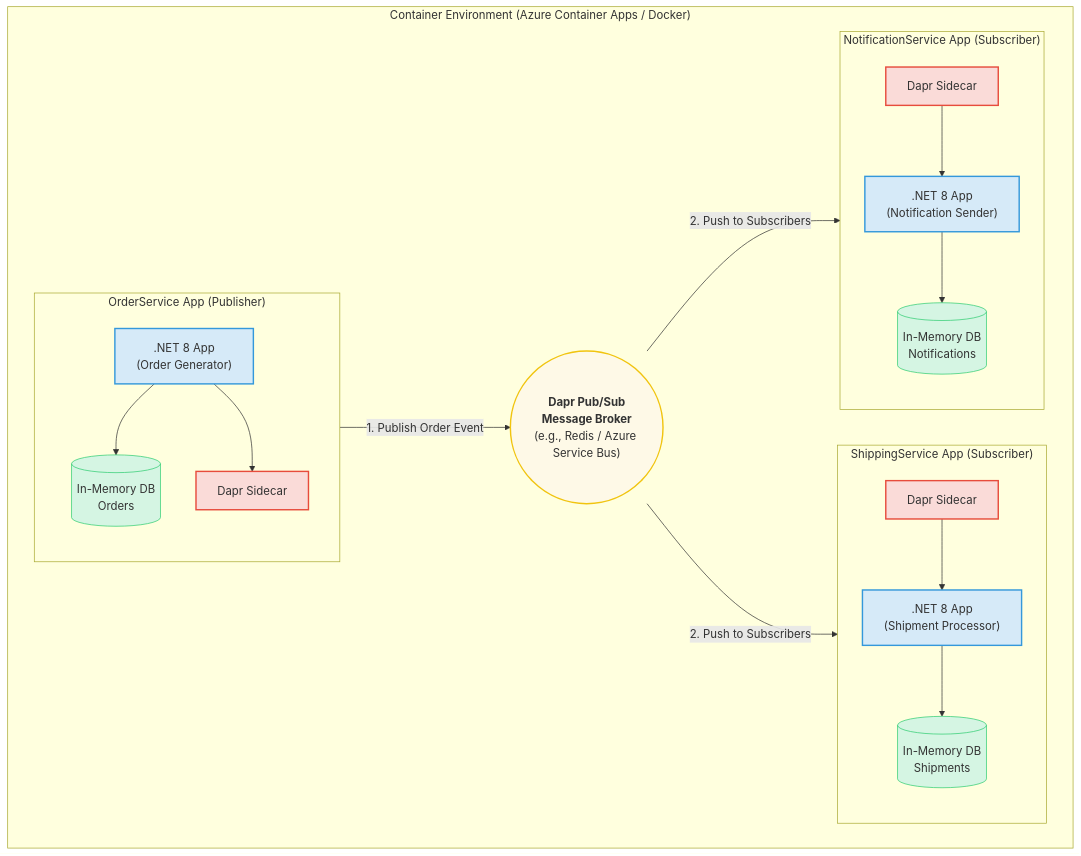
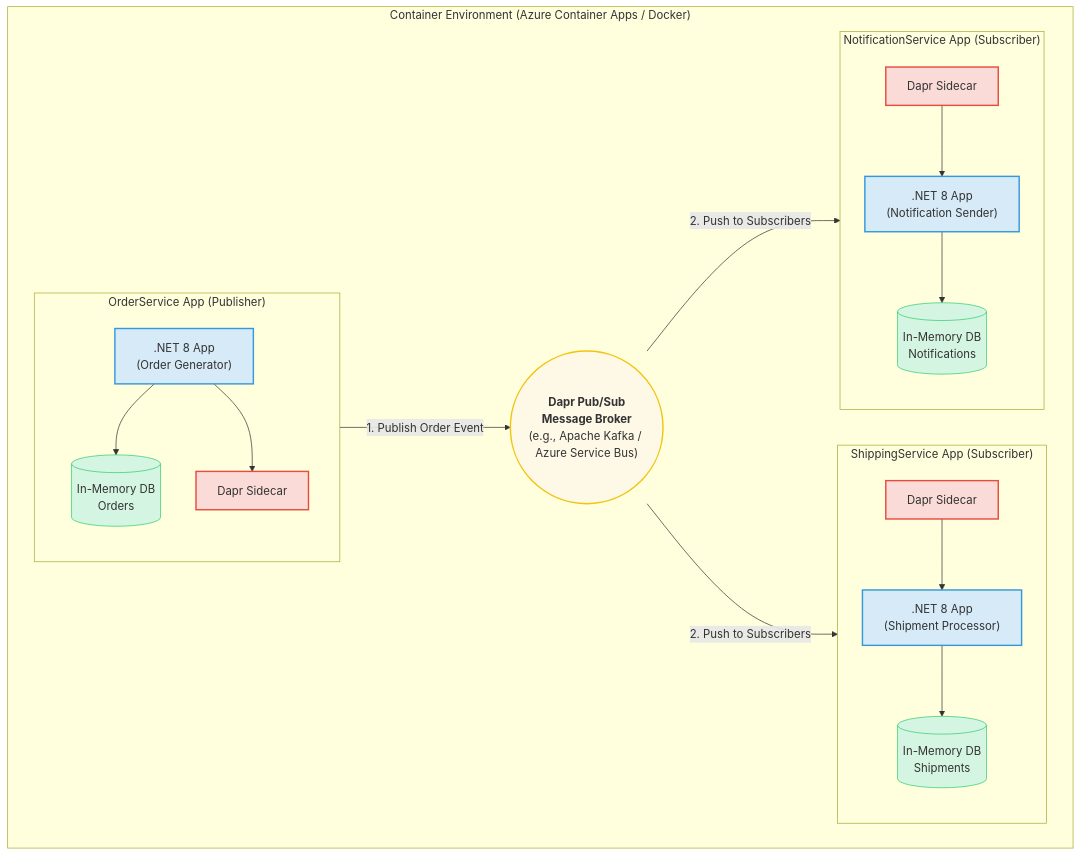
One commit to alexandrualexan-wq/OrderProcessingService changed the diagram in README.md. Above: the diagram before and after it, drawn with Mermaid. The commit also changed other lines of this file and 2 other files, not shown here.

Commit message:
update dapr

````diff
--- a/README.md
+++ b/README.md
@@ -13,50 +13,50 @@
 ```mermaid
 graph TD
     subgraph "Container Environment (Azure Container Apps / Docker)"
         direction LR
 
         subgraph "OrderService App (Publisher)"
             direction TB
             OrderService_App[".NET 8 App<br/>(Order Generator)"]
             OrderService_DB[(In-Memory DB<br/>Orders)]
             OrderService_Dapr[Dapr Sidecar]
             OrderService_App --> OrderService_DB
             OrderService_App --> OrderService_Dapr
         end
 
         subgraph "ShippingService App (Subscriber)"
             direction TB
             ShippingService_App[".NET 8 App<br/>(Shipment Processor)"]
             ShippingService_DB[(In-Memory DB<br/>Shipments)]
             ShippingService_Dapr[Dapr Sidecar]
             ShippingService_App --> ShippingService_DB
             ShippingService_Dapr --> ShippingService_App
         end
 
         subgraph "NotificationService App (Subscriber)"
             direction TB
             NotificationService_App[".NET 8 App<br/>(Notification Sender)"]
             NotificationService_DB[(In-Memory DB<br/>Notifications)]
             NotificationService_Dapr[Dapr Sidecar]
             NotificationService_App --> NotificationService_DB
             NotificationService_Dapr --> NotificationService_App
         end
 
-        PubSubBroker(("<br/><b>Dapr Pub/Sub<br/>Message Broker</b><br/>(e.g., Redis / Azure Service Bus)<br/><br/>"))
+        PubSubBroker(("<br/><b>Dapr Pub/Sub<br/>Message Broker</b><br/>(e.g., Apache Kafka / Azure Service Bus)<br/><br/>"))
 
     end
 
     OrderService_Dapr -- "1. Publish Order Event" --> PubSubBroker
     PubSubBroker -- "2. Push to Subscribers" --> ShippingService_Dapr
     PubSubBroker -- "2. Push to Subscribers" --> NotificationService_Dapr
 
     classDef service fill:#D6EAF8,stroke:#3498DB,stroke-width:2px;
     classDef dapr fill:#FADBD8,stroke:#E74C3C,stroke-width:2px;
     classDef db fill:#D5F5E3,stroke:#2ECC71,stroke-width:1px;
     classDef broker fill:#FEF9E7,stroke:#F1C40F,stroke-width:2px;
 
     class OrderService_App,ShippingService_App,NotificationService_App service;
     class OrderService_Dapr,ShippingService_Dapr,NotificationService_Dapr dapr;
     class OrderService_DB,ShippingService_DB,NotificationService_DB db;
     class PubSubBroker broker;
 ```
````
